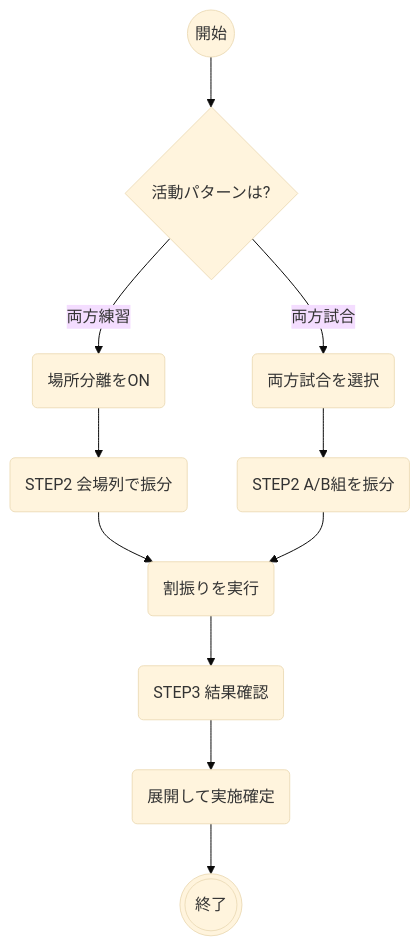
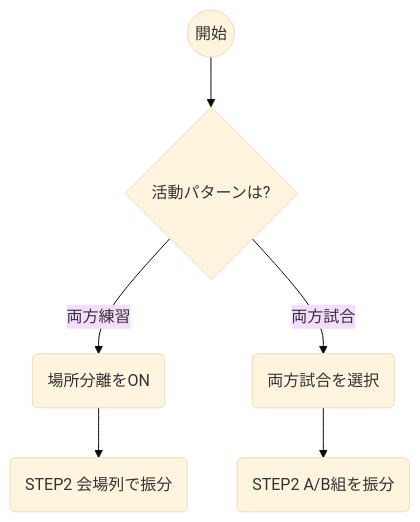
Diagram 12 of 16 in boys15/docs/TCB-MAN-001_道具割り振りツール_操作マニュアル_v1.5.md (tcb15-admin/tcb-tools), drawn with Mermaid (base theme) before and after one commit. The commit also changed other lines of this file and 3 other files, not shown here.

First line of the commit message:
fix: 15期マニュアルv1.12でフロー図のPDF途中切れを防止

````diff
--- a/boys15/docs/TCB-MAN-001_道具割り振りツール_操作マニュアル_v1.5.md
+++ b/boys15/docs/TCB-MAN-001_道具割り振りツール_操作マニュアル_v1.5.md
@@ -271,13 +310,8 @@
 ```mermaid
 flowchart TD
     S((開始)) --> PAT{活動パターンは?}
     PAT -->|両方練習| R1(場所分離をON)
     R1 --> R2(STEP2 会場列で振分)
     PAT -->|両方試合| Y1(両方試合を選択)
     Y1 --> Y2(STEP2 A/B組を振分)
-    R2 --> RUN(割振りを実行)
-    Y2 --> RUN
-    RUN --> S3(STEP3 結果確認)
-    S3 --> SH(展開して実施確定)
-    SH --> E(((終了)))
 ```
````
